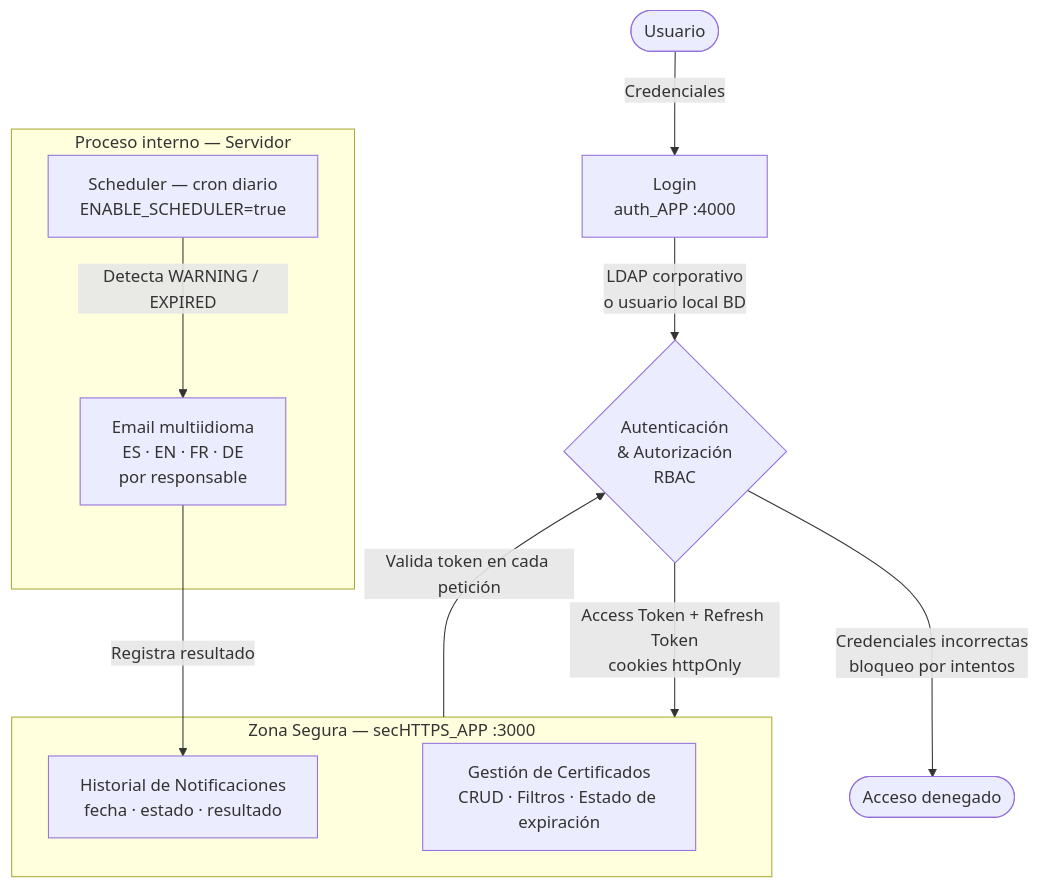
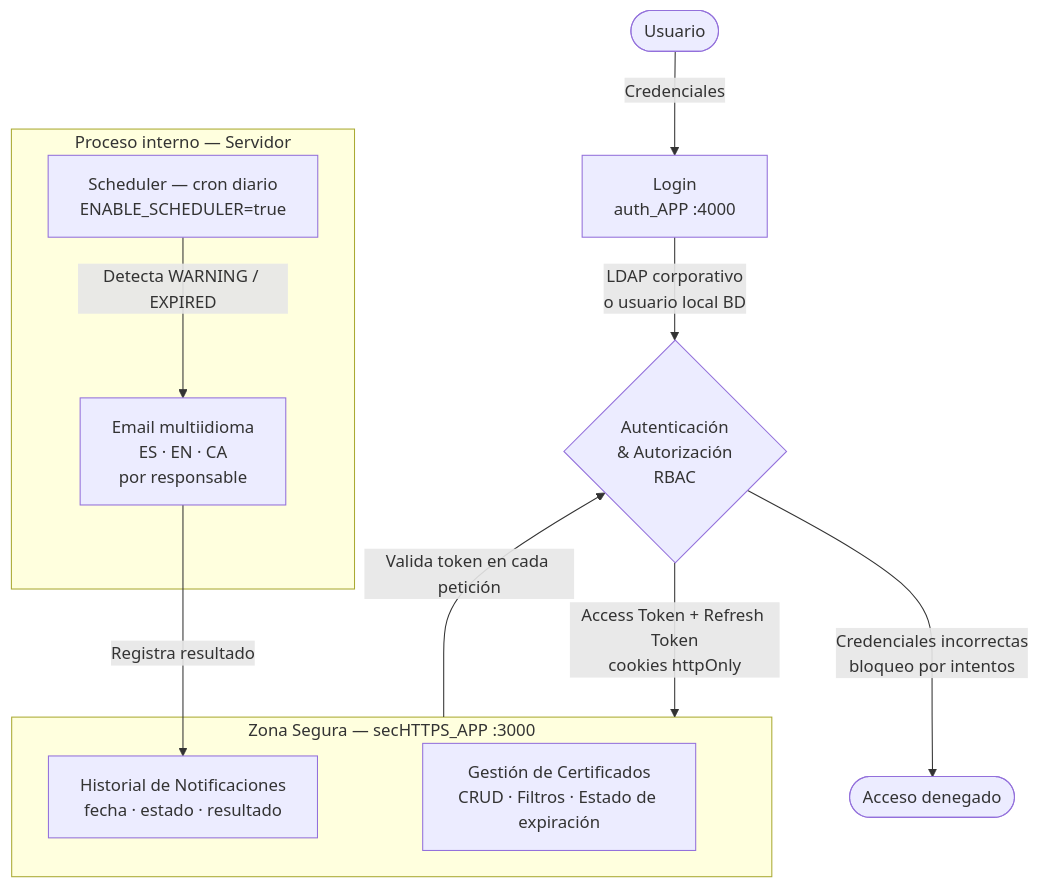
Before and after one commit to jmurielSett/secHTTPS: the diagram in README.md, drawn with Mermaid. The commit also changed other lines of this file and 10 other files, not shown here.

````diff
--- a/README.md
+++ b/README.md
@@ -55,20 +55,20 @@
 ```mermaid
 flowchart TD
-    U([Usuario]) -->|Credenciales| L["Login\nauth_APP :4000"]
-    L -->|LDAP corporativo\no usuario local BD| AUTH{"Autenticación\n& Autorización\nRBAC"}
-    AUTH -->|Credenciales incorrectas\nbloqueo por intentos| ERR([Acceso denegado])
-    AUTH -->|Access Token + Refresh Token\ncookies httpOnly| APP
+    U([Usuario]) -->|Credenciales| L["Login<br/>auth_APP :4000"]
+    L -->|"LDAP corporativo<br/>o usuario local BD"| AUTH{"Autenticación<br/>& Autorización<br/>RBAC"}
+    AUTH -->|"Credenciales incorrectas<br/>bloqueo por intentos"| ERR([Acceso denegado])
+    AUTH -->|"Access Token + Refresh Token<br/>cookies httpOnly"| APP
 
     subgraph APP["Zona Segura — secHTTPS_APP :3000"]
-        CERT["Gestión de Certificados\nCRUD · Filtros · Estado de expiración"]
-        NOTIF["Historial de Notificaciones\nfecha · estado · resultado"]
+        CERT["Gestión de Certificados<br/>CRUD · Filtros · Estado de expiración"]
+        NOTIF["Historial de Notificaciones<br/>fecha · estado · resultado"]
     end
 
     APP -->|Valida token en cada petición| AUTH
 
     subgraph BACK["Proceso interno — Servidor"]
-        CRON["Scheduler — cron diario\nENABLE_SCHEDULER=true"]
-        CRON -->|Detecta WARNING / EXPIRED| EMAIL["Email multiidioma\nES · EN · FR · DE\npor responsable"]
+        CRON["Scheduler — cron diario<br/>ENABLE_SCHEDULER=true"]
+        CRON -->|"Detecta WARNING / EXPIRED"| EMAIL["Email multiidioma<br/>ES · EN · CA<br/>por responsable"]
         EMAIL -->|Registra resultado| NOTIF
     end
 ```
````
